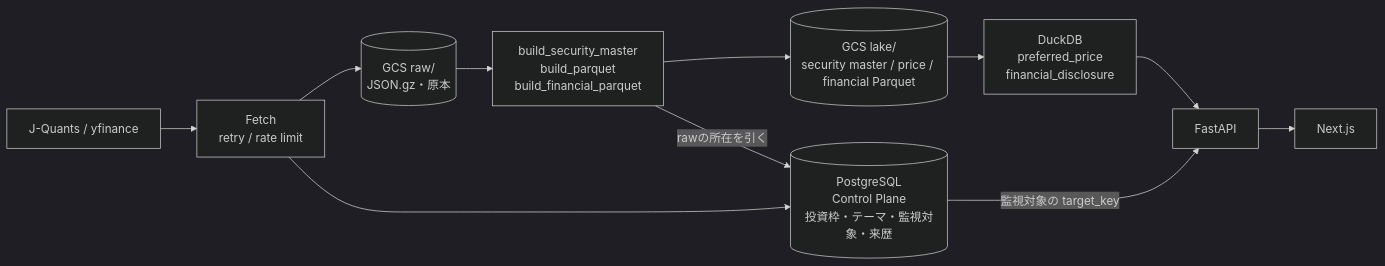
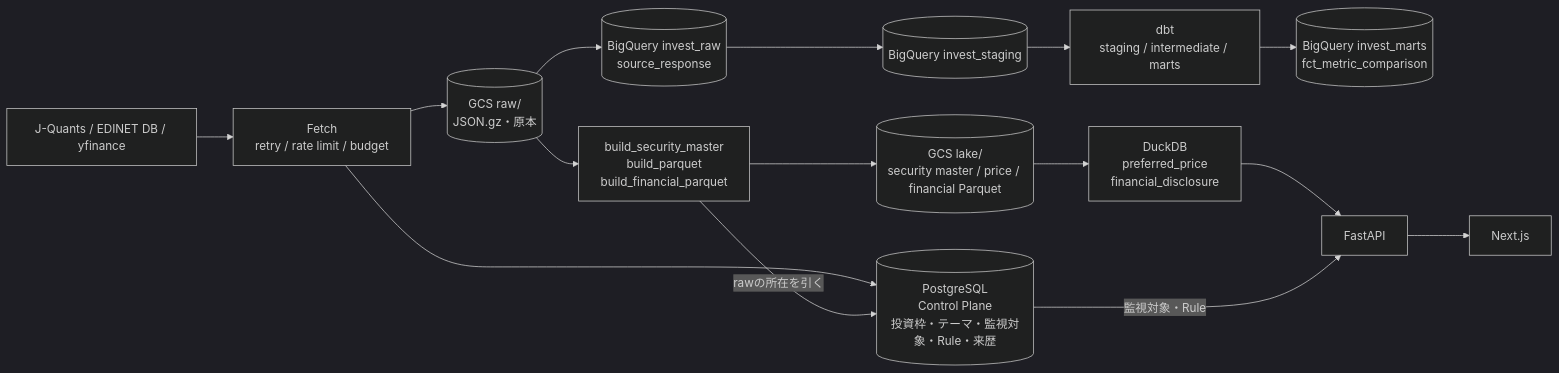
The first of 3 diagrams in docs/architecture.md (3110mmn/invest-monitoring-platform), drawn with Mermaid (dark theme) before and after one commit. The commit also changed other lines of this file and 89 other files, not shown here.

````diff
--- a/docs/architecture.md
+++ b/docs/architecture.md
@@ -20,18 +20,23 @@
 ```mermaid
 flowchart LR
-    Sources["J-Quants / yfinance"]
-    Fetch["Fetch<br/>retry / rate limit"]
+    Sources["J-Quants / EDINET DB / yfinance"]
+    Fetch["Fetch<br/>retry / rate limit / budget"]
     Raw[("GCS raw/<br/>JSON.gz・原本")]
     Build["build_security_master<br/>build_parquet<br/>build_financial_parquet"]
     Lake[("GCS lake/<br/>security master / price / financial Parquet")]
-    Run[("PostgreSQL<br/>Control Plane<br/>投資枠・テーマ・監視対象・来歴")]
+    Run[("PostgreSQL<br/>Control Plane<br/>投資枠・テーマ・監視対象・Rule・来歴")]
     Duck["DuckDB<br/>preferred_price<br/>financial_disclosure"]
+    BQRaw[("BigQuery invest_raw<br/>source_response")]
+    BQStg[("BigQuery invest_staging")]
+    DBT["dbt<br/>staging / intermediate / marts"]
+    Mart[("BigQuery invest_marts<br/>fct_metric_comparison")]
     API["FastAPI"]
     Web["Next.js"]
 
     Sources --> Fetch --> Raw --> Build --> Lake --> Duck --> API
     Fetch --> Run
     Build -->|"rawの所在を引く"| Run
-    Run -->|"監視対象の target_key"| API
+    Run -->|"監視対象・Rule"| API
     API --> Web
+    Raw --> BQRaw --> BQStg --> DBT --> Mart
 ```
````
